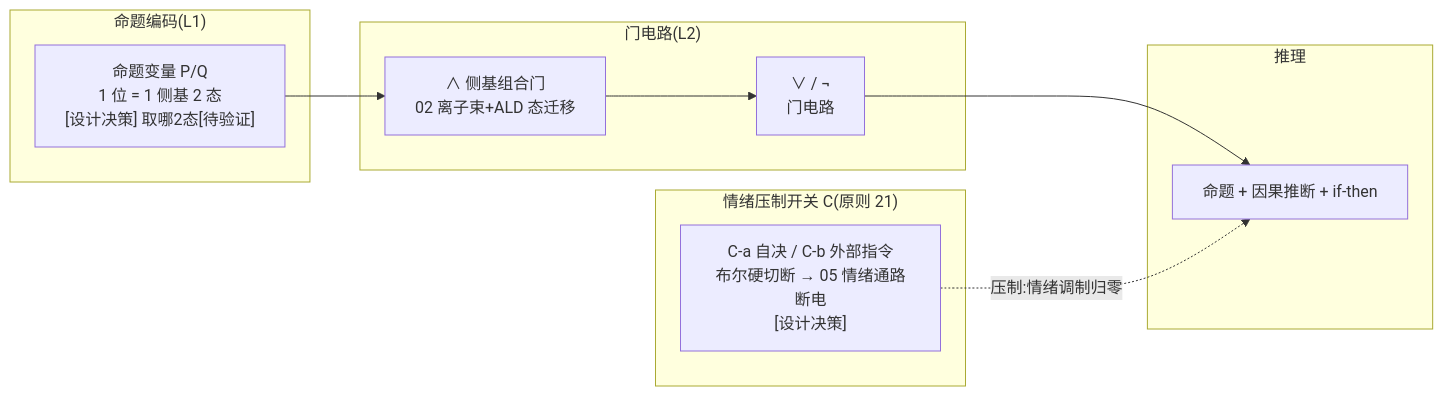
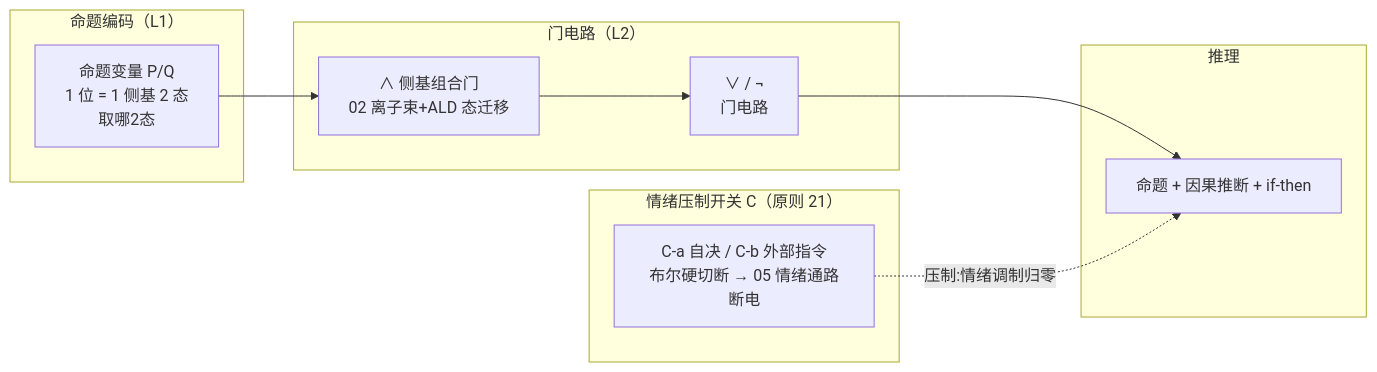
One commit to RichardASimon/Silicon-Biological-Blueprint changed the first of 2 diagrams in zh-CN/08_逻辑推理_设计.md. Above: the diagram before and after it, drawn with Mermaid. The commit also changed other lines of this file and 23 other files, not shown here.

First line of the commit message:
docs: repair all mermaid diagrams and add emergence mechanisms with literature

````diff
--- a/zh-CN/08_逻辑推理_设计.md
+++ b/zh-CN/08_逻辑推理_设计.md
@@ -143,24 +143,20 @@
 ```mermaid
 flowchart LR
-    subgraph ENC["命题编码(L1)"]
-        P["命题变量 P/Q<br/>1 位 = 1 侧基 2 态<br/>[设计决策] 取哪2态[待验证]"]
+    subgraph ENC["命题编码（L1）"]
+        P["命题变量 P/Q<br/>1 位 = 1 侧基 2 态<br/>取哪2态"]
     end
-
-    subgraph GATE["门电路(L2)"]
+    subgraph GATE["门电路（L2）"]
         AND["∧ 侧基组合门<br/>02 离子束+ALD 态迁移<br/>"]
         ORV["∨ / ¬<br/>门电路"]
         AND --> ORV
     end
-
     subgraph REAS["推理"]
         R["命题 + 因果推断 + if-then<br/>"]
     end
-
-    subgraph SUPP["情绪压制开关 C(原则 21)"]
-        C["C-a 自决 / C-b 外部指令<br/>布尔硬切断 → 05 情绪通路断电<br/>[设计决策]"]
+    subgraph SUPP["情绪压制开关 C（原则 21）"]
+        C["C-a 自决 / C-b 外部指令<br/>布尔硬切断 → 05 情绪通路断电<br/>"]
     end
-
     P --> AND
     ORV --> R
     C -.->|压制:情绪调制归零| R
 ```
````
